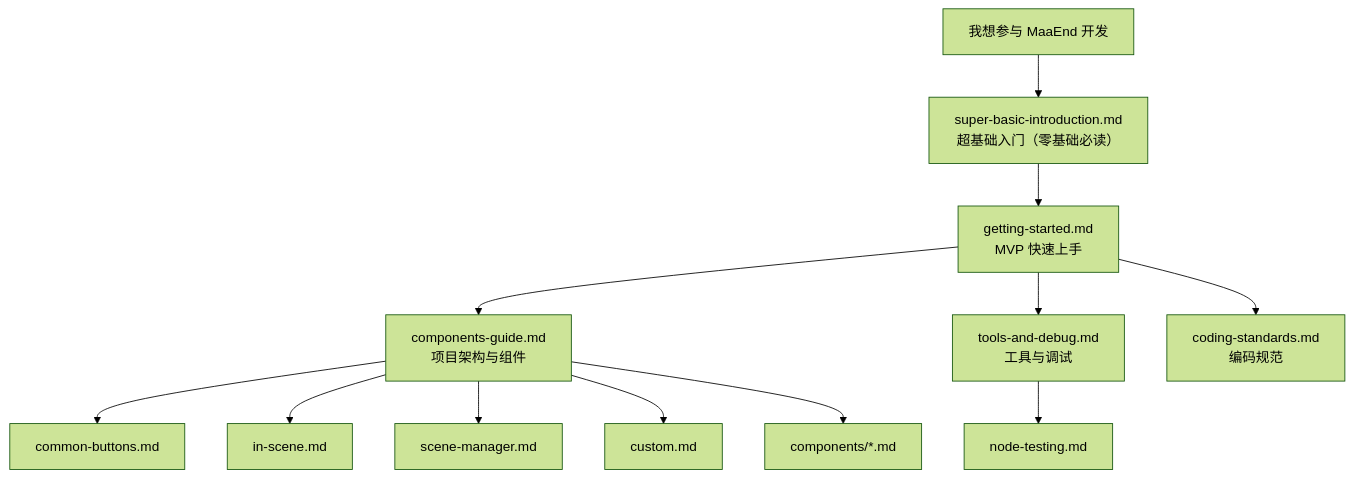
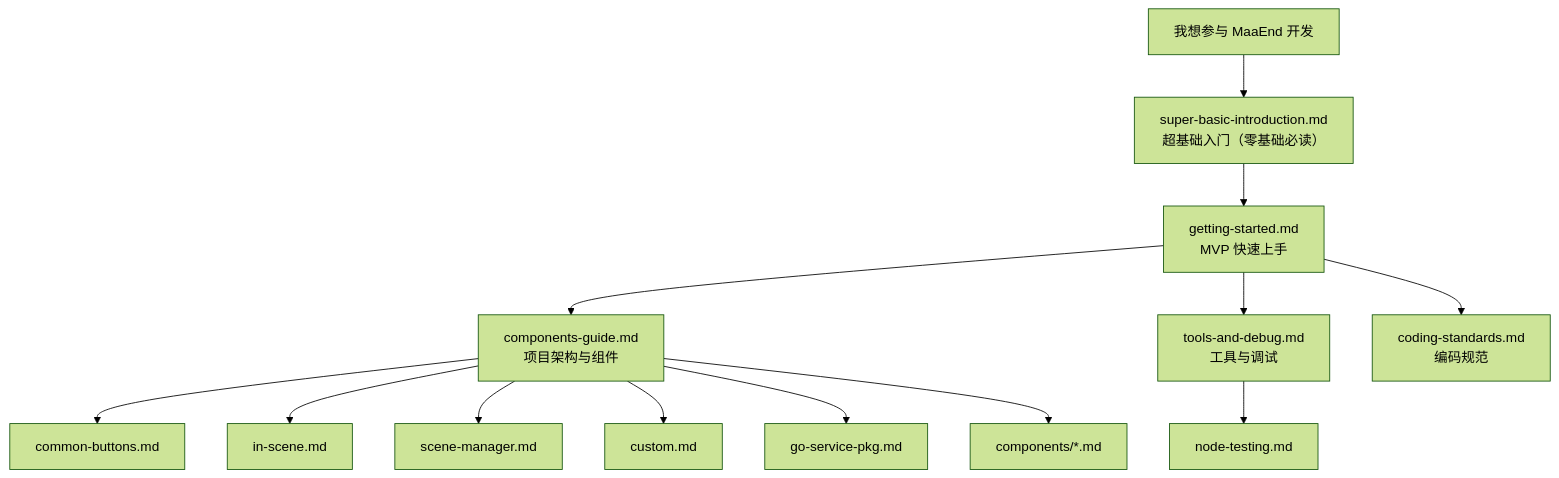
Before and after one commit to MaaEnd/MaaEnd: the diagram in docs/zh_cn/developers/README.md, drawn with Mermaid (forest theme). The commit also changed other lines of this file and 5 other files, not shown here.

````diff
--- a/docs/zh_cn/developers/README.md
+++ b/docs/zh_cn/developers/README.md
@@ -7,14 +7,15 @@
 ```mermaid
 flowchart TD
     Start["我想参与 MaaEnd 开发"] --> Basic["super-basic-introduction.md\n超基础入门（零基础必读）"]
     Basic --> Tutorial["getting-started.md\nMVP 快速上手"]
     Tutorial --> Components["components-guide.md\n项目架构与组件"]
     Tutorial --> Tools["tools-and-debug.md\n工具与调试"]
     Tutorial --> Standards["coding-standards.md\n编码规范"]
     Components --> CB["common-buttons.md"]
     Components --> SI["in-scene.md"]
     Components --> SM["scene-manager.md"]
     Components --> CU["custom.md"]
+    Components --> Gopkg["go-service-pkg.md"]
     Components --> Comps["components/*.md"]
     Tools --> NT["node-testing.md"]
 ```
````
